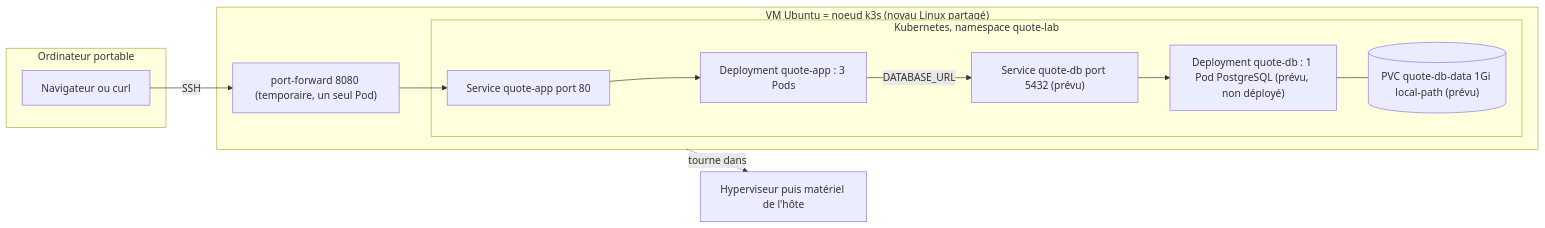
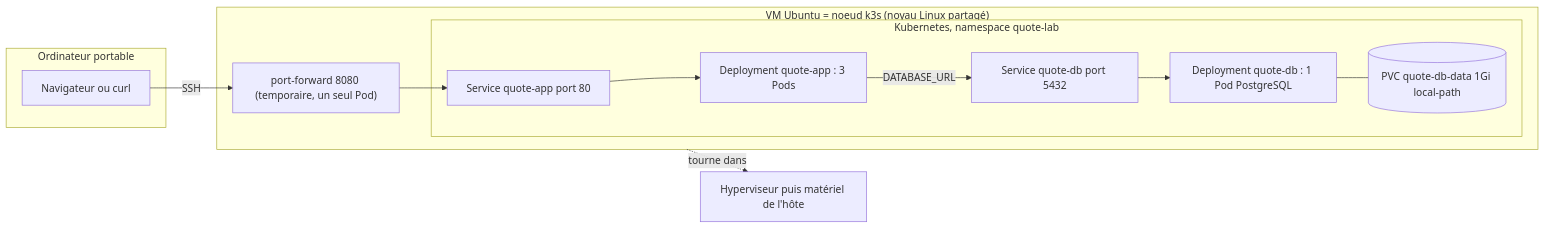
One commit to valerianpasquier676-dev/res507-2025-2026-work changed the diagram in labs/52-architecture/architecture-notes.md. Above: the diagram before and after it, drawn with Mermaid. The commit also changed other lines of this file, not shown here.

Commit message:
TP52: PostgreSQL deploye et verifie (PVC Bound, citation retrouvee apres remplacement du Pod), notes d'architecture mises a jour

````diff
--- a/labs/52-architecture/architecture-notes.md
+++ b/labs/52-architecture/architecture-notes.md
@@ -10,24 +10,24 @@
 ```mermaid
 flowchart LR
   subgraph PC["Ordinateur portable"]
     B["Navigateur ou curl"]
   end
   subgraph VM["VM Ubuntu = noeud k3s (noyau Linux partagé)"]
     PF["port-forward 8080 (temporaire, un seul Pod)"]
     subgraph K8S["Kubernetes, namespace quote-lab"]
       SA["Service quote-app port 80"]
       DA["Deployment quote-app : 3 Pods"]
-      SD["Service quote-db port 5432 (prévu)"]
-      DD["Deployment quote-db : 1 Pod PostgreSQL (prévu, non déployé)"]
-      PVC[("PVC quote-db-data 1Gi local-path (prévu)")]
+      SD["Service quote-db port 5432"]
+      DD["Deployment quote-db : 1 Pod PostgreSQL"]
+      PVC[("PVC quote-db-data 1Gi local-path")]
     end
   end
   HV["Hyperviseur puis matériel de l'hôte"]
   B -->|SSH| PF
   PF --> SA
   SA --> DA
   DA -->|DATABASE_URL| SD
   SD --> DD
   DD --- PVC
   VM -.->|tourne dans| HV
 ```
````
